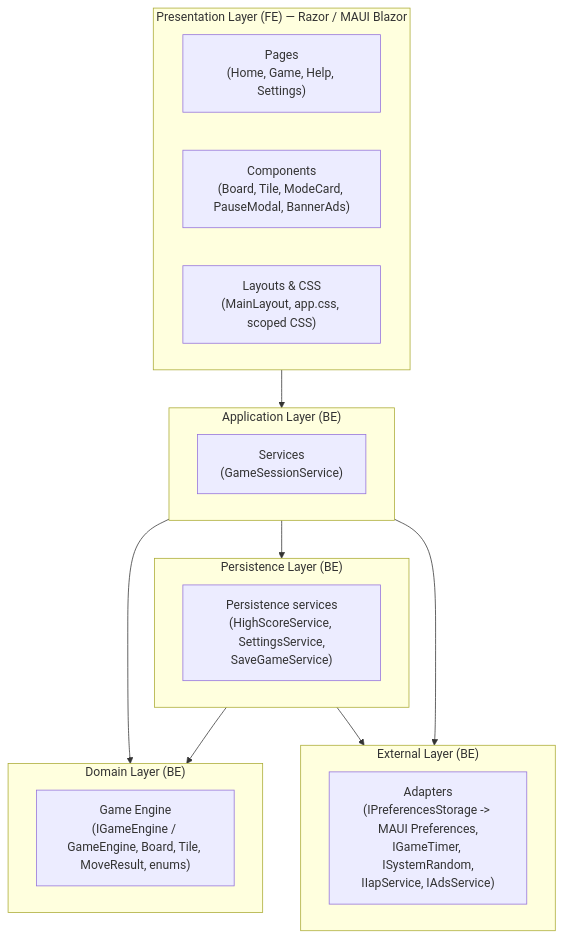
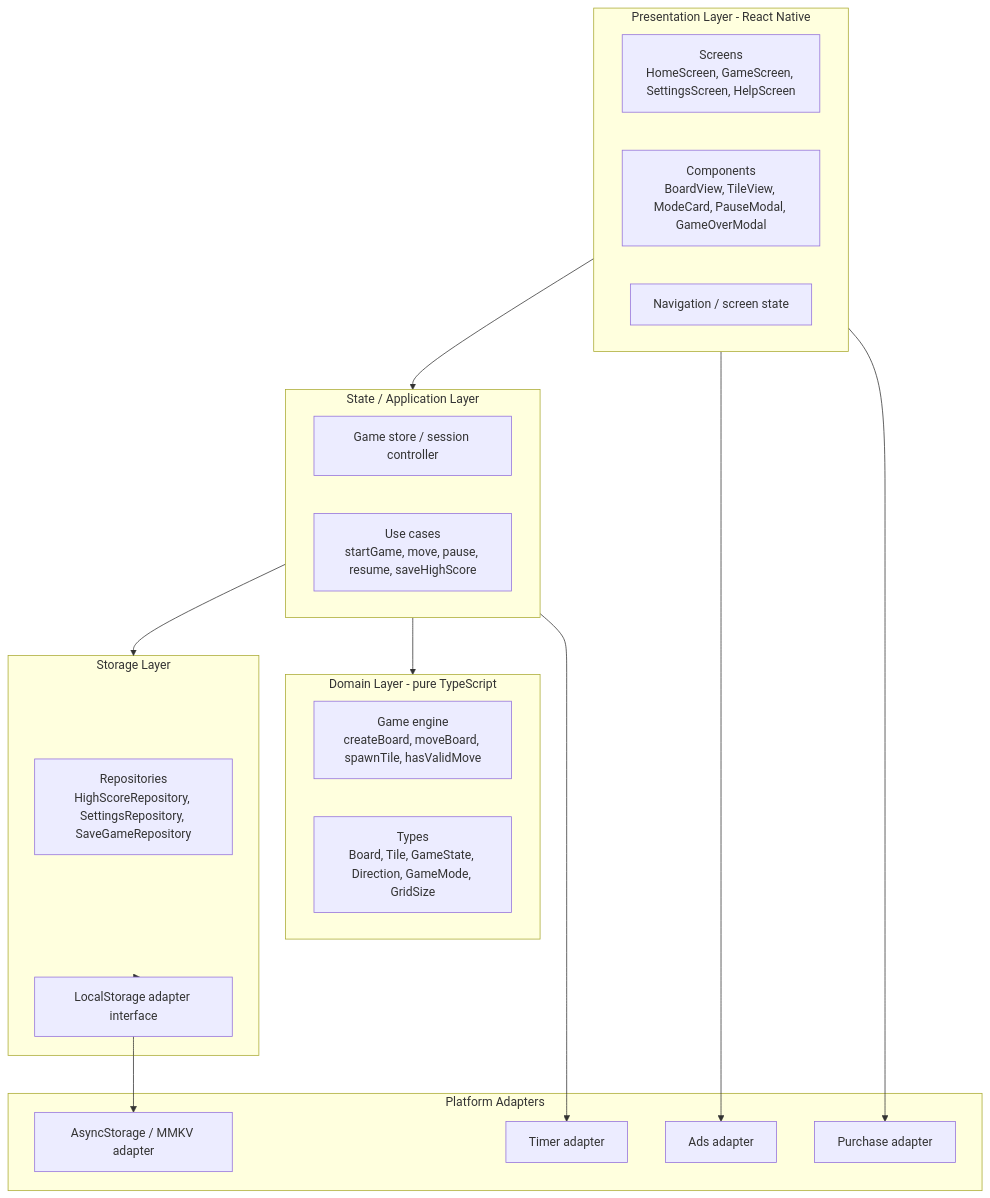
The first of 6 diagrams in Docs/software_design.md (LeThaiAn15112004/2048-Infinity-Merge), drawn with Mermaid before and after one commit. The commit also changed other lines of this file and 56 other files, not shown here.

Commit message:
add new project react native

````diff
--- a/Docs/software_design.md
+++ b/Docs/software_design.md
@@ -79,31 +55,39 @@
 ```mermaid
 flowchart TB
-    subgraph Presentation["Presentation Layer (FE) — Razor / MAUI Blazor"]
-        UI_Pages["Pages<br/>(Home, Game, Help, Settings)"]
-        UI_Comp["Components<br/>(Board, Tile, ModeCard, PauseModal, BannerAds)"]
-        UI_Layout["Layouts & CSS<br/>(MainLayout, app.css, scoped CSS)"]
+    subgraph Presentation["Presentation Layer - React Native"]
+        Screens["Screens<br/>HomeScreen, GameScreen, SettingsScreen, HelpScreen"]
+        Components["Components<br/>BoardView, TileView, ModeCard, PauseModal, GameOverModal"]
+        Navigation["Navigation / screen state"]
     end
 
-    subgraph Application["Application Layer (BE)"]
-        AppSvc["Services<br/>(GameSessionService)"]
+    subgraph AppState["State / Application Layer"]
+        GameStore["Game store / session controller"]
+        UseCases["Use cases<br/>startGame, move, pause, resume, saveHighScore"]
     end
 
-    subgraph Domain["Domain Layer (BE)"]
-        DomainCore["Game Engine<br/>(IGameEngine / GameEngine, Board, Tile, MoveResult, enums)"]
+    subgraph Domain["Domain Layer - pure TypeScript"]
+        Engine["Game engine<br/>createBoard, moveBoard, spawnTile, hasValidMove"]
+        Types["Types<br/>Board, Tile, GameState, Direction, GameMode, GridSize"]
     end
 
-    subgraph Persistence["Persistence Layer (BE)"]
-        Persist["Persistence services<br/>(HighScoreService, SettingsService,<br/>SaveGameService)"]
+    subgraph Storage["Storage Layer"]
+        Repos["Repositories<br/>HighScoreRepository, SettingsRepository, SaveGameRepository"]
+        LocalPort["LocalStorage adapter interface"]
     end
 
-    subgraph External["External Layer (BE)"]
-        Infra["Adapters<br/>(IPreferencesStorage -> MAUI Preferences,<br/>IGameTimer, ISystemRandom,<br/>IIapService, IAdsService)"]
+    subgraph Platform["Platform Adapters"]
+        RNStorage["AsyncStorage / MMKV adapter"]
+        Timer["Timer adapter"]
+        Ads["Ads adapter"]
+        IAP["Purchase adapter"]
     end
 
-    Presentation --> Application
-    Application --> Domain
-    Application --> Persistence
-    Persistence --> Domain
-    Persistence --> External
-    Application --> External
+    Presentation --> AppState
+    AppState --> Domain
+    AppState --> Storage
+    Storage --> LocalPort
+    LocalPort --> RNStorage
+    AppState --> Timer
+    Presentation --> Ads
+    Presentation --> IAP
 ```
````
